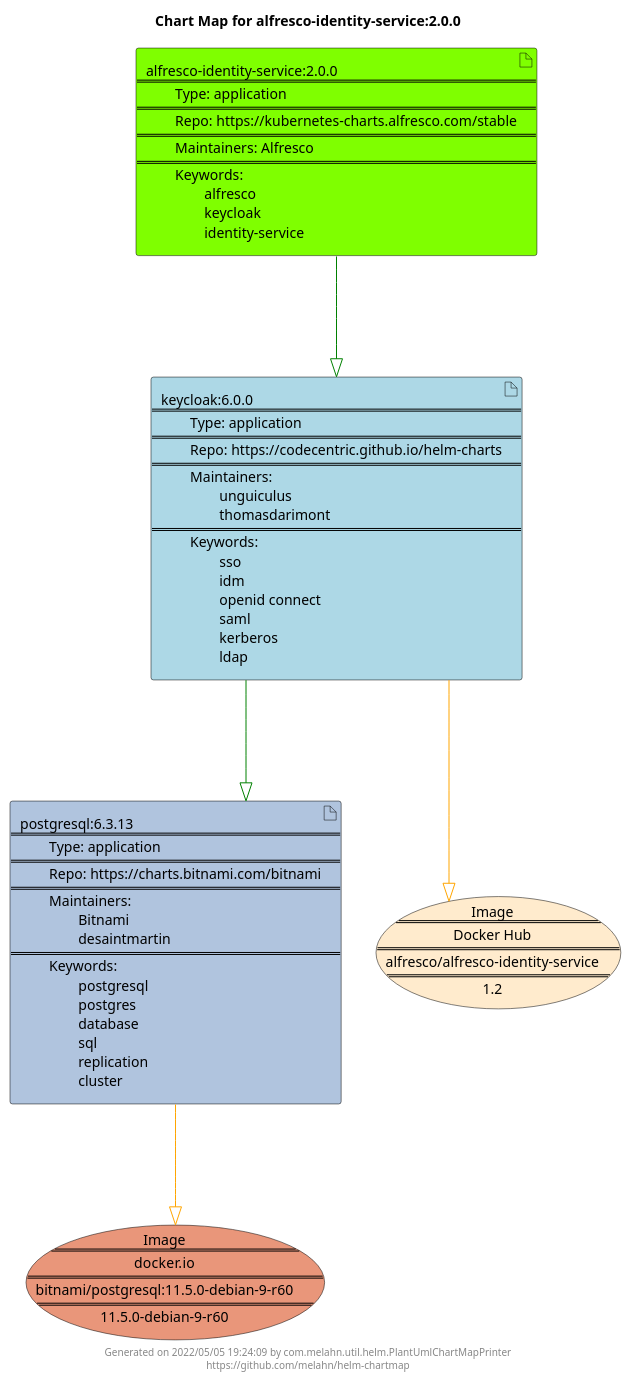
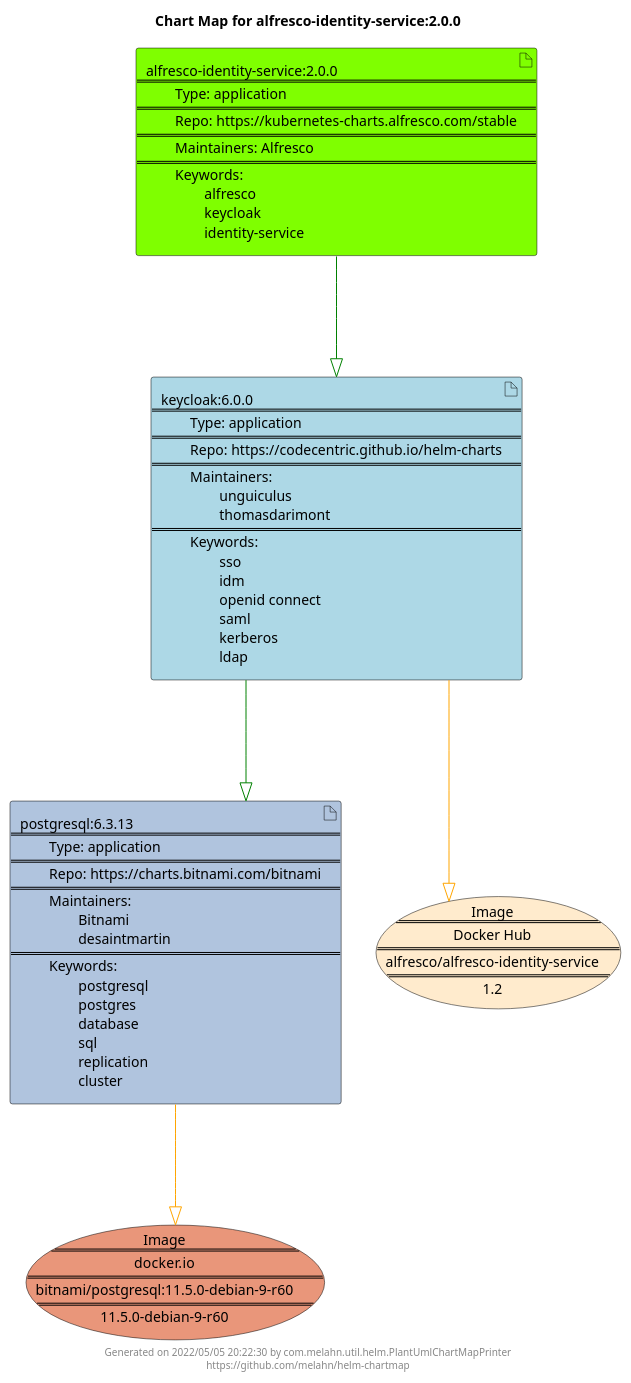
One commit to melahn/helm-chartmap changed the diagram in docs/alfresco-identity-service/alfresco-identity-service-2.0.0.puml. Above: the diagram before and after it, drawn with PlantUML. The commit also changed 64 other files, not shown here.

Commit message:
Update Example Chart Maps as part of GitHub build

```diff
--- a/docs/alfresco-identity-service/alfresco-identity-service-2.0.0.puml
+++ b/docs/alfresco-identity-service/alfresco-identity-service-2.0.0.puml
@@ -1,27 +1,27 @@
 @startuml
 skinparam linetype ortho
 skinparam backgroundColor white
 skinparam usecaseBorderColor black
 skinparam usecaseArrowColor LightSlateGray
 skinparam artifactBorderColor black
 skinparam artifactArrowColor LightSlateGray
 
 title Chart Map for alfresco-identity-service:2.0.0
 
 'There are 3 referenced Helm Charts
 artifact "postgresql:6.3.13\n====\n\tType: application\n====\n\tRepo: https://charts.bitnami.com/bitnami\n====\n\tMaintainers: \n\t\tBitnami\n\t\tdesaintmartin\n====\n\tKeywords: \n\t\tpostgresql\n\t\tpostgres\n\t\tdatabase\n\t\tsql\n\t\treplication\n\t\tcluster" as postgresql_6_3_13 #LightSteelBlue
 artifact "keycloak:6.0.0\n====\n\tType: application\n====\n\tRepo: https://codecentric.github.io/helm-charts\n====\n\tMaintainers: \n\t\tunguiculus\n\t\tthomasdarimont\n====\n\tKeywords: \n\t\tsso\n\t\tidm\n\t\topenid connect\n\t\tsaml\n\t\tkerberos\n\t\tldap" as keycloak_6_0_0 #LightBlue
 artifact "alfresco-identity-service:2.0.0\n====\n\tType: application\n====\n\tRepo: https://kubernetes-charts.alfresco.com/stable\n====\n\tMaintainers: Alfresco\n====\n\tKeywords: \n\t\talfresco\n\t\tkeycloak\n\t\tidentity-service" as alfresco_identity_service_2_0_0 #Chartreuse
 
 'There are 2 referenced Docker Images
 usecase "Image\n====\ndocker.io\n====\nbitnami/postgresql:11.5.0-debian-9-r60\n====\n11.5.0-debian-9-r60" as docker_io_bitnami_postgresql_11_5_0_debian_9_r60 #DarkSalmon
 usecase "Image\n====\nDocker Hub\n====\nalfresco/alfresco-identity-service\n====\n1.2" as alfresco_alfresco_identity_service_1_2 #BlanchedAlmond
 
 'Chart Dependencies
 alfresco_identity_service_2_0_0--[#green]-|>keycloak_6_0_0
 keycloak_6_0_0--[#green]-|>postgresql_6_3_13
 postgresql_6_3_13--[#orange]-|>docker_io_bitnami_postgresql_11_5_0_debian_9_r60
 keycloak_6_0_0--[#orange]-|>alfresco_alfresco_identity_service_1_2
 
-center footer Generated on 2022/05/05 19:24:09 by com.melahn.util.helm.PlantUmlChartMapPrinter\nhttps://github.com/melahn/helm-chartmap
+center footer Generated on 2022/05/05 20:22:30 by com.melahn.util.helm.PlantUmlChartMapPrinter\nhttps://github.com/melahn/helm-chartmap
 @enduml
```
